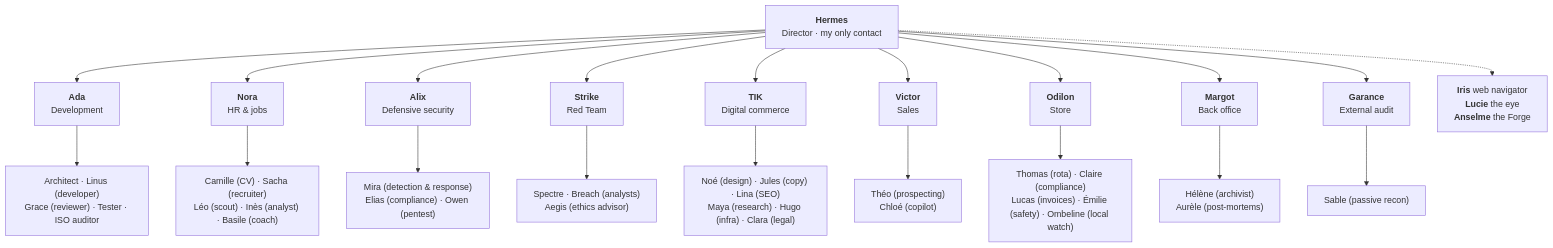
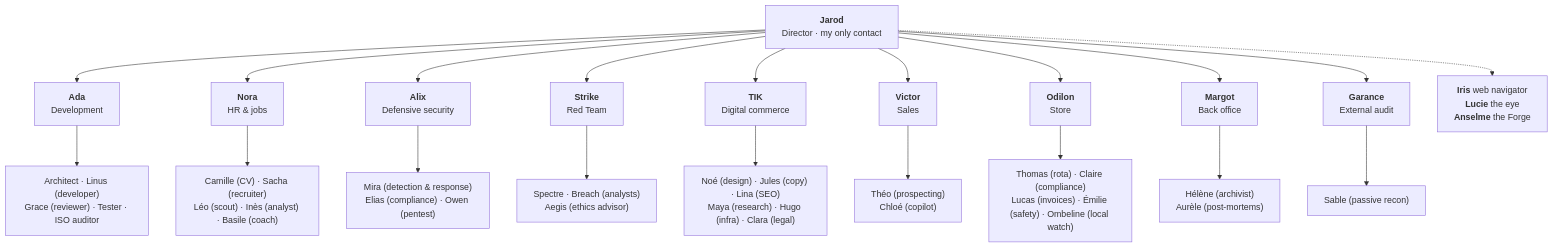
The third of 3 diagrams in README.md (Dow08/OS-Agentique_showcase), drawn with Mermaid before and after one commit. The commit also changed other lines of this file and 45 other files, not shown here.

````diff
--- a/README.md
+++ b/README.md
@@ -155,23 +157,23 @@
 ```mermaid
 flowchart TD
-    H["<b>Hermes</b><br/>Director · my only contact"]
+    H["<b>Jarod</b><br/>Director · my only contact"]
     H --> DEV["<b>Ada</b><br/>Development"]
     H --> RH["<b>Nora</b><br/>HR & jobs"]
     H --> SEC["<b>Alix</b><br/>Defensive security"]
     H --> RED["<b>Strike</b><br/>Red Team"]
     H --> TIK["<b>TIK</b><br/>Digital commerce"]
     H --> COM["<b>Victor</b><br/>Sales"]
     H --> MAG["<b>Odilon</b><br/>Store"]
     H --> SG["<b>Margot</b><br/>Back office"]
     H --> AUD["<b>Garance</b><br/>External audit"]
     H -.-> SPE["<b>Iris</b> web navigator<br/><b>Lucie</b> the eye<br/><b>Anselme</b> the Forge"]
     DEV --> DEV1["Architect · Linus (developer)<br/>Grace (reviewer) · Tester · ISO auditor"]
     RH --> RH1["Camille (CV) · Sacha (recruiter)<br/>Léo (scout) · Inès (analyst) · Basile (coach)"]
     SEC --> SEC1["Mira (detection & response)<br/>Elias (compliance) · Owen (pentest)"]
     RED --> RED1["Spectre · Breach (analysts)<br/>Aegis (ethics advisor)"]
     TIK --> TIK1["Noé (design) · Jules (copy) · Lina (SEO)<br/>Maya (research) · Hugo (infra) · Clara (legal)"]
     COM --> COM1["Théo (prospecting)<br/>Chloé (copilot)"]
     MAG --> MAG1["Thomas (rota) · Claire (compliance)<br/>Lucas (invoices) · Émilie (safety) · Ombeline (local watch)"]
     SG --> SG1["Hélène (archivist)<br/>Aurèle (post-mortems)"]
     AUD --> AUD1["Sable (passive recon)"]
 ```
````
